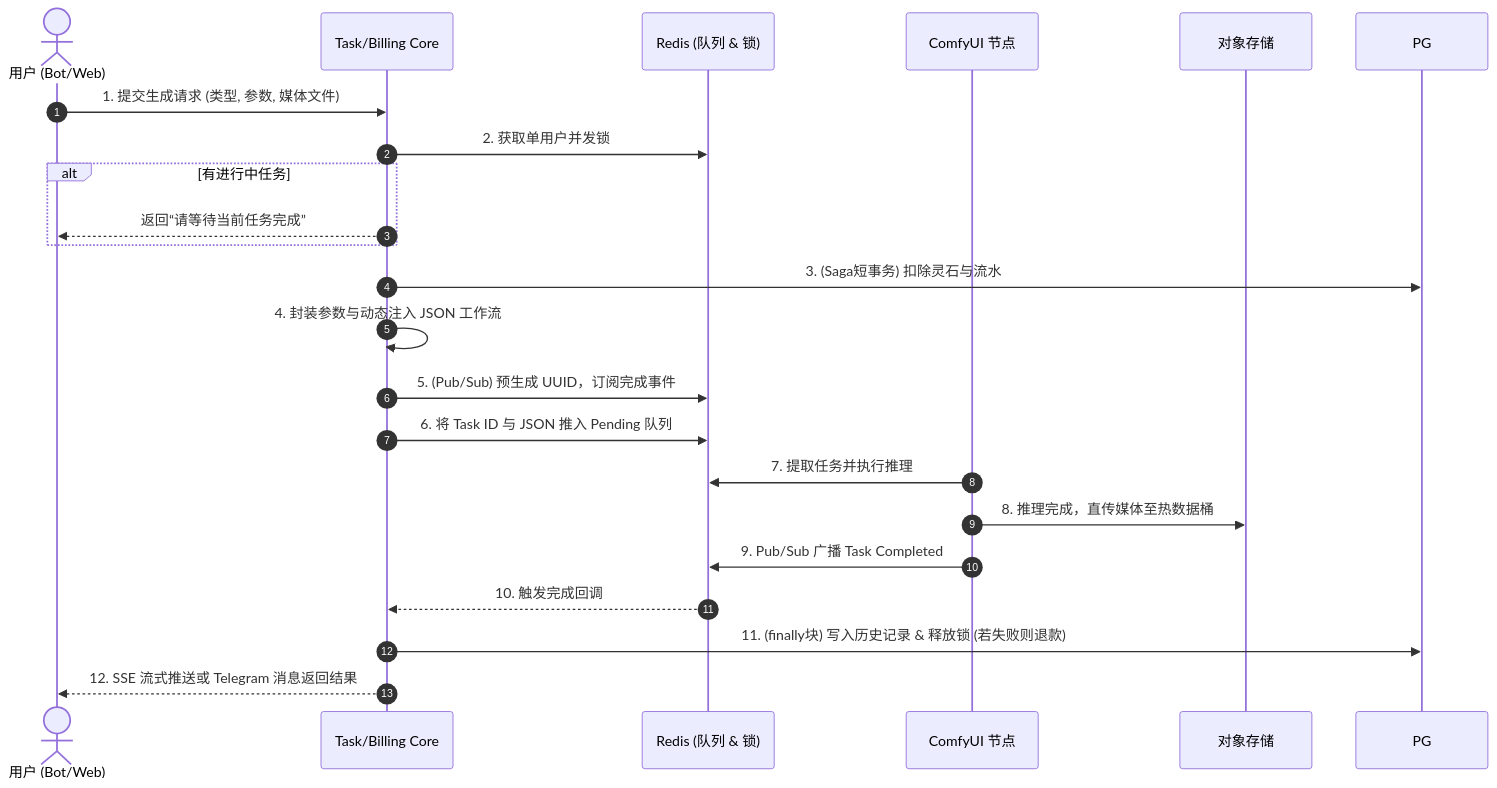
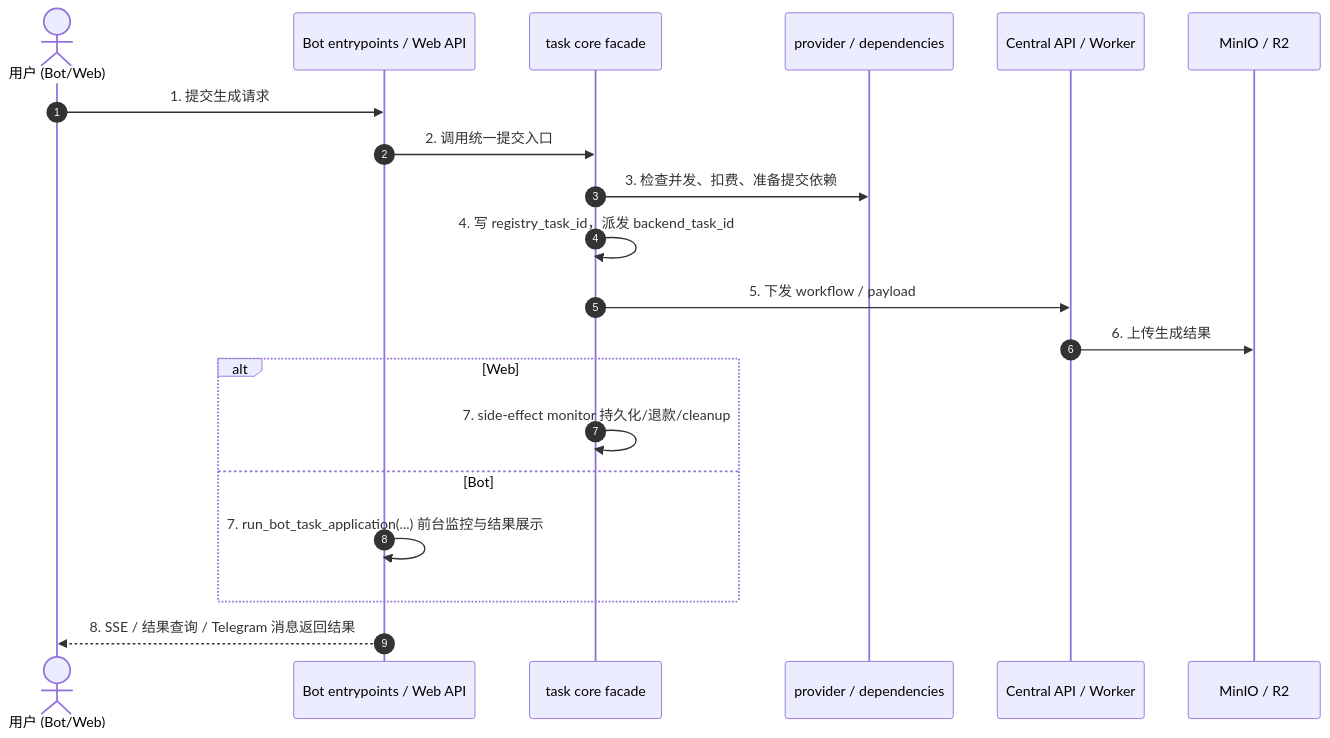
One commit to giraffu/All_bot changed the diagram in docs/business/01_BIZ_AI创作与生成板块.md. Above: the diagram before and after it, drawn with Mermaid. The commit also changed other lines of this file and 22 other files, not shown here.

````diff
--- a/docs/business/01_BIZ_AI创作与生成板块.md
+++ b/docs/business/01_BIZ_AI创作与生成板块.md
@@ -26,25 +18,23 @@
 ```mermaid
 sequenceDiagram
     autonumber
     actor User as 用户 (Bot/Web)
-    participant Core as Task/Billing Core
-    participant Redis as Redis (队列 & 锁)
-    participant Worker as ComfyUI 节点
-    participant MinIO as 对象存储
+    participant Entry as Bot entrypoints / Web API
+    participant Facade as task core facade
+    participant Deps as provider / dependencies
+    participant Backend as Central API / Worker
+    participant Store as MinIO / R2
 
-    User->>Core: 1. 提交生成请求 (类型, 参数, 媒体文件)
-    Core->>Redis: 2. 获取单用户并发锁
-    alt 有进行中任务
-        Core-->>User: 返回“请等待当前任务完成”
+    User->>Entry: 1. 提交生成请求
+    Entry->>Facade: 2. 调用统一提交入口
+    Facade->>Deps: 3. 检查并发、扣费、准备提交依赖
+    Facade->>Facade: 4. 写 registry_task_id，派发 backend_task_id
+    Facade->>Backend: 5. 下发 workflow / payload
+    Backend->>Store: 6. 上传生成结果
+    alt Web
+        Facade->>Facade: 7. side-effect monitor 持久化/退款/cleanup
+    else Bot
+        Entry->>Entry: 7. run_bot_task_application(...) 前台监控与结果展示
     end
-    Core->>PG: 3. (Saga短事务) 扣除灵石与流水
-    Core->>Core: 4. 封装参数与动态注入 JSON 工作流
-    Core->>Redis: 5. (Pub/Sub) 预生成 UUID，订阅完成事件
-    Core->>Redis: 6. 将 Task ID 与 JSON 推入 Pending 队列
-    Worker->>Redis: 7. 提取任务并执行推理
-    Worker->>MinIO: 8. 推理完成，直传媒体至热数据桶
-    Worker->>Redis: 9. Pub/Sub 广播 Task Completed
-    Redis-->>Core: 10. 触发完成回调
-    Core->>PG: 11. (finally块) 写入历史记录 & 释放锁 (若失败则退款)
-    Core-->>User: 12. SSE 流式推送或 Telegram 消息返回结果
+    Entry-->>User: 8. SSE / 结果查询 / Telegram 消息返回结果
 ```
````
